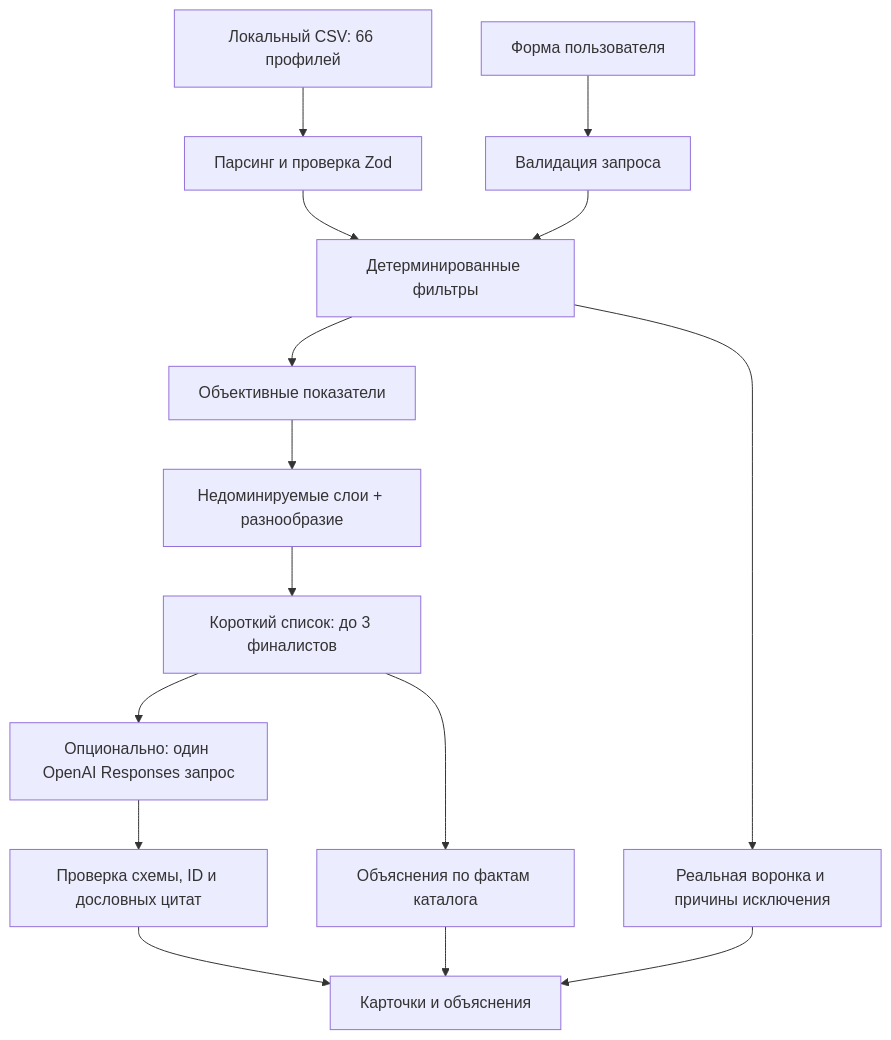
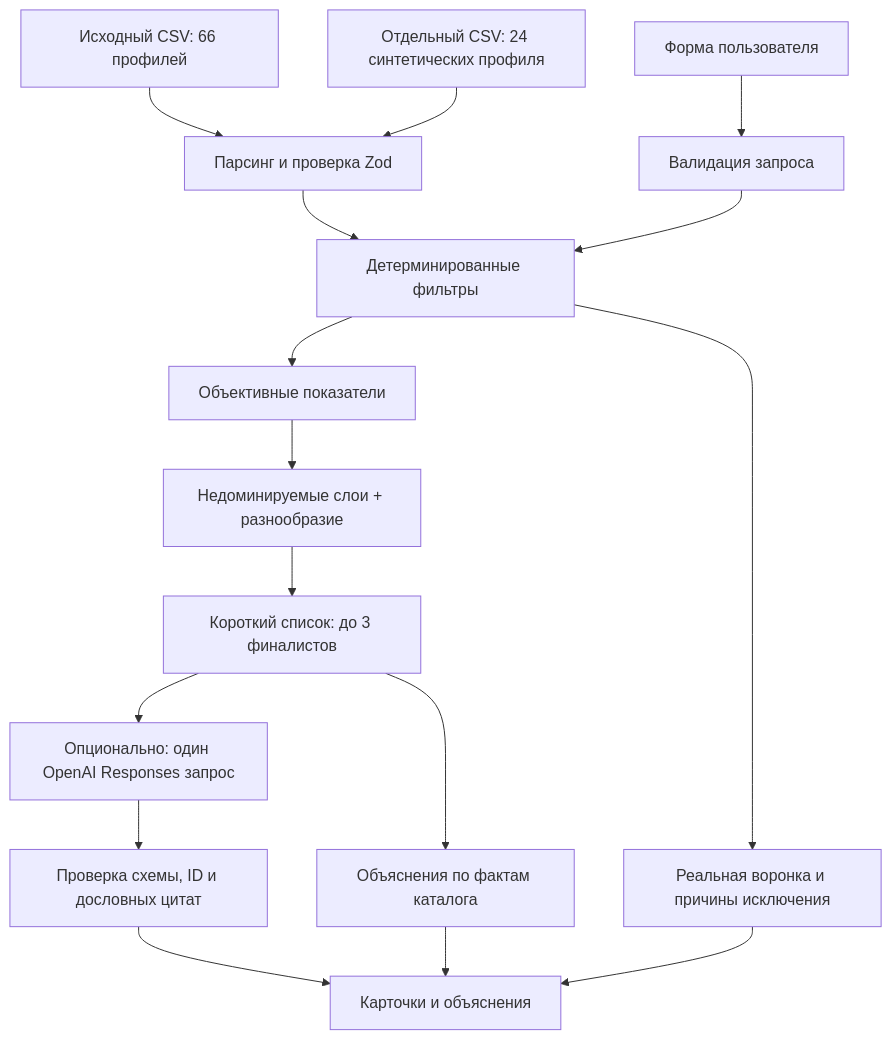
The diagram in README.md (BAITC-Hacks/hack-ede9a8b1-vibe-coder), drawn with Mermaid before and after one commit. The commit also changed other lines of this file and 11 other files, not shown here.

````diff
--- a/README.md
+++ b/README.md
@@ -13,17 +13,18 @@
 ```mermaid
 flowchart TD
-    CSV[Локальный CSV: 66 профилей] --> Parse[Парсинг и проверка Zod]
+    OriginalCSV[Исходный CSV: 66 профилей] --> Parse[Парсинг и проверка Zod]
+    SyntheticCSV[Отдельный CSV: 24 синтетических профиля] --> Parse
     Form[Форма пользователя] --> Validate[Валидация запроса]
     Parse --> Filter[Детерминированные фильтры]
     Validate --> Filter
     Filter --> Trace[Реальная воронка и причины исключения]
     Filter --> Objectives[Объективные показатели]
     Objectives --> Pareto[Недоминируемые слои + разнообразие]
     Pareto --> Top[Короткий список: до 3 финалистов]
     Top --> Fallback[Объяснения по фактам каталога]
     Top --> AI[Опционально: один OpenAI Responses запрос]
     AI --> Check[Проверка схемы, ID и дословных цитат]
     Check --> Result[Карточки и объяснения]
     Fallback --> Result
     Trace --> Result
 ```
````
